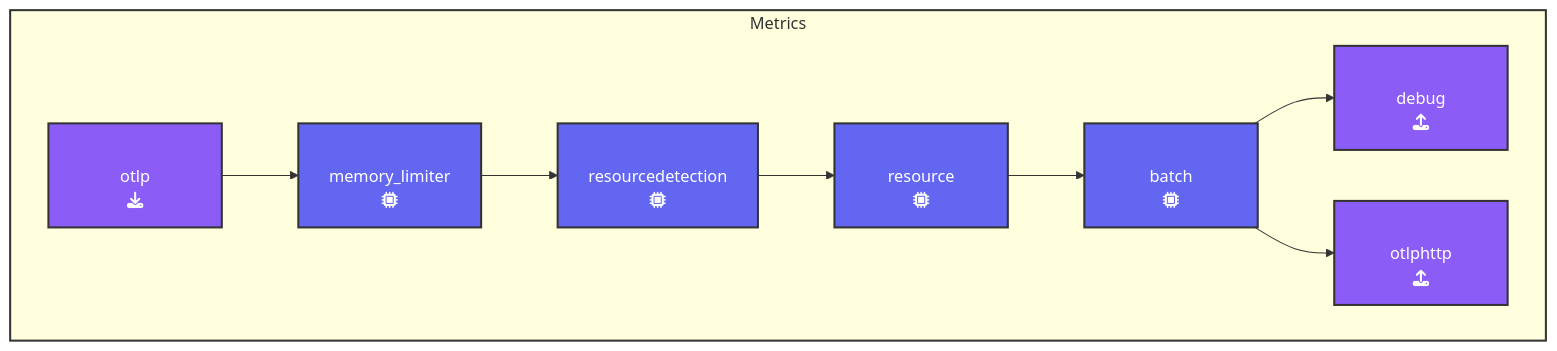
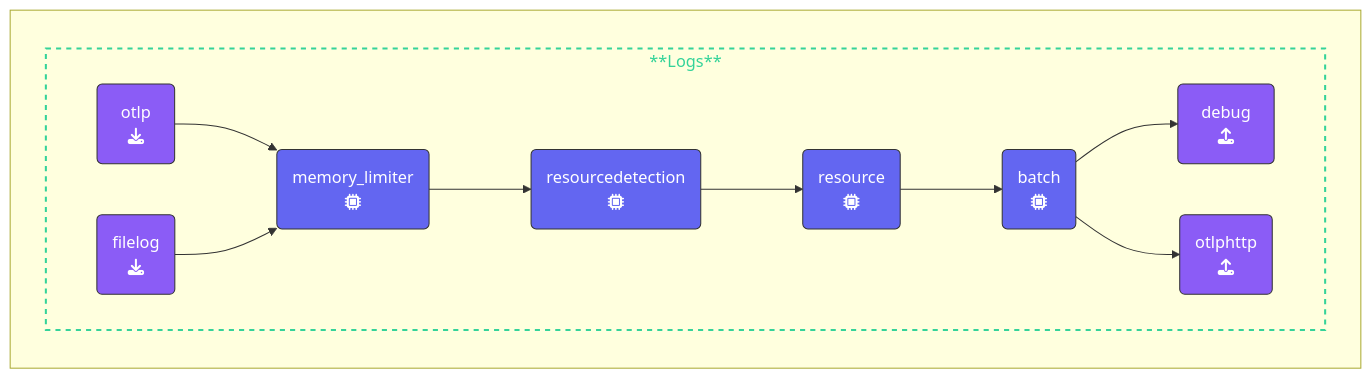
One commit to splunk/observability-workshop changed the diagram in content/en/ninja-workshops/10-advanced-otel/4-resilience/_index.md. Above: the diagram before and after it, drawn with Mermaid. The commit also changed other lines of this file and 1 other file, not shown here.

Commit message:
Updated Mermaid chart

````diff
--- a/content/en/ninja-workshops/10-advanced-otel/4-resilience/_index.md
+++ b/content/en/ninja-workshops/10-advanced-otel/4-resilience/_index.md
@@ -113,27 +113,31 @@
 ```mermaid
+%%{init:{"fontFamily":"monospace"}}%%
 graph LR
-  subgraph box[Metrics]
-    direction LR
     %% Nodes
-      A[otlp<br>fa:fa-download]:::receiver
-      D[memory_limiter<br>fa:fa-microchip]:::processor
-      E[resource<br>fa:fa-microchip]:::processor
-      F[resourcedetection<br>fa:fa-microchip]:::processor      
-      J[batch<br>fa:fa-microchip]:::processor
-      L[debug<br>fa:fa-upload]:::exporter
-      N[otlphttp<br>fa:fa-upload]:::exporter
-
+      REC1(&nbsp;&nbsp;otlp&nbsp;&nbsp;<br>fa:fa-download):::receiver
+      REC2(filelog<br>fa:fa-download):::receiver
+      PRO1(memory_limiter<br>fa:fa-microchip):::processor
+      PRO2(resourcedetection<br>fa:fa-microchip):::processor
+      PRO3(resource<br>fa:fa-microchip):::processor
+      PRO4(batch<br>fa:fa-microchip):::processor
+      EXP1(&ensp;debug&ensp;<br>fa:fa-upload):::exporter
+      EXP2(otlphttp<br>fa:fa-upload):::exporter
+    %% Links
+    subID1:::sub-logs
+    subgraph " "
+      subgraph subID1[**Logs**]
+      direction LR
+      REC1 --> PRO1
+      REC2 --> PRO1
+      PRO1 --> PRO2
+      PRO2 --> PRO3
+      PRO3 --> PRO4
+      PRO4 --> EXP1
+      PRO4 --> EXP2
+      end
     end
-    %% Links
-      A --> D
-      D --> F
-      F --> E
-      E --> J
-      J --> L
-      J --> N
-
-classDef receiver fill:#8b5cf6,stroke:#333,stroke-width:2px,padding-left:110px,color:#fff;
-classDef processor fill:#6366f1,stroke:#333,stroke-width:2px,padding-left:110px,color:#fff;
-classDef exporter fill:#8b5cf6,stroke:#333,stroke-width:2px, padding-left:110px,color:#fff;
-style box stroke:#333,stroke-width:2px,fill:#f9a9a9a;
+classDef receiver,exporter fill:#8b5cf6,stroke:#333,stroke-width:1px,color:#fff;
+classDef processor fill:#6366f1,stroke:#333,stroke-width:1px,color:#fff;
+classDef con-receive,con-export fill:#45c175,stroke:#333,stroke-width:1px,color:#fff;
+classDef sub-logs stroke:#34d399,stroke-width:2px, color:#34d399,stroke-dasharray: 5 5;
 ```
````
